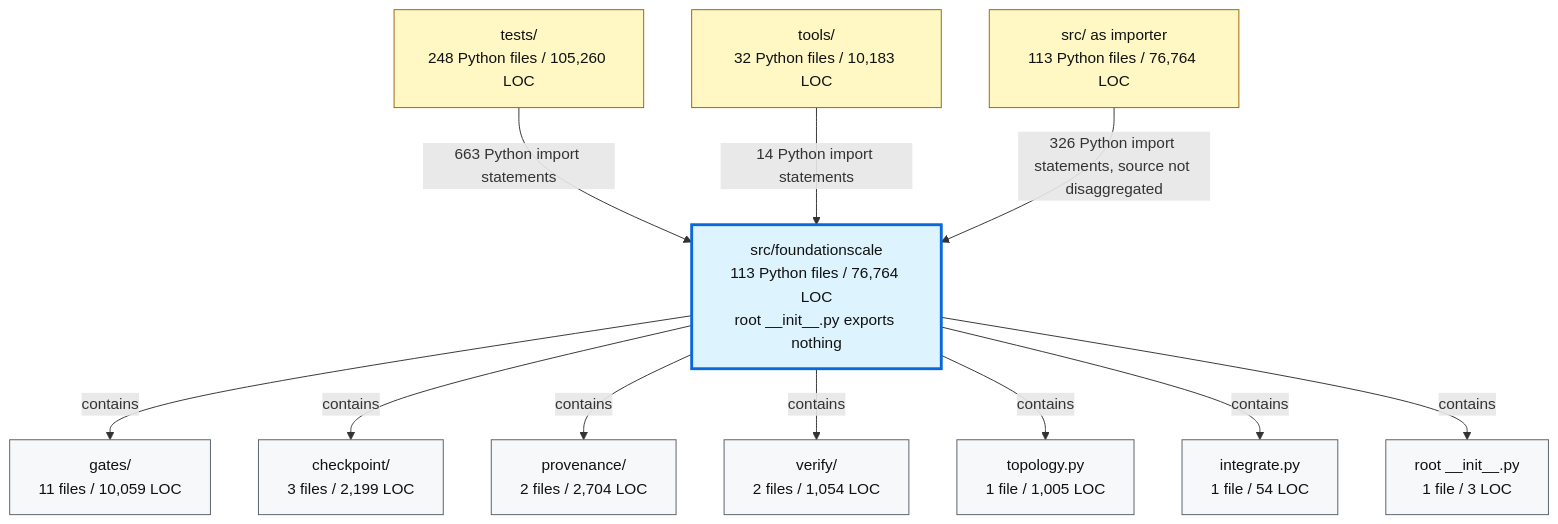
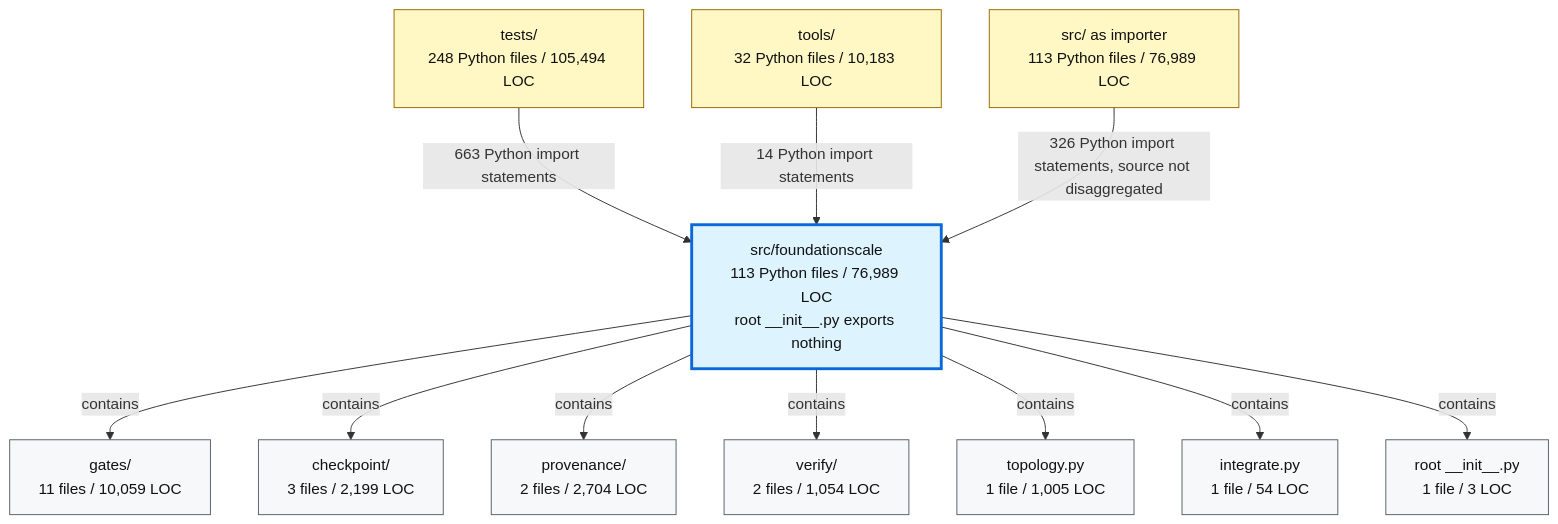
The second of 2 diagrams in docs/review/D2_current_architecture.md (TranNhiem/FoundationScale), drawn with Mermaid before and after one commit. The commit also changed other lines of this file and 10 other files, not shown here.

````diff
--- a/docs/review/D2_current_architecture.md
+++ b/docs/review/D2_current_architecture.md
@@ -97,36 +97,36 @@
 ```mermaid
 flowchart TB
-  TESTS["tests/<br/>248 Python files / 105,260 LOC"]
+  TESTS["tests/<br/>248 Python files / 105,494 LOC"]
   TOOLS["tools/<br/>32 Python files / 10,183 LOC"]
-  SRC["src/ as importer<br/>113 Python files / 76,764 LOC"]
+  SRC["src/ as importer<br/>113 Python files / 76,989 LOC"]
 
-  FS["src/foundationscale<br/>113 Python files / 76,764 LOC<br/>root __init__.py exports nothing"]
+  FS["src/foundationscale<br/>113 Python files / 76,989 LOC<br/>root __init__.py exports nothing"]
 
   GATES["gates/<br/>11 files / 10,059 LOC"]
   CKPT["checkpoint/<br/>3 files / 2,199 LOC"]
   PROV["provenance/<br/>2 files / 2,704 LOC"]
   VERIFY["verify/<br/>2 files / 1,054 LOC"]
   TOPO["topology.py<br/>1 file / 1,005 LOC"]
   INTEG["integrate.py<br/>1 file / 54 LOC"]
   ROOT["root __init__.py<br/>1 file / 3 LOC"]
 
   TESTS -->|"663 Python import statements"| FS
   TOOLS -->|"14 Python import statements"| FS
   SRC -->|"326 Python import statements, source not disaggregated"| FS
 
   FS -->|"contains"| GATES
   FS -->|"contains"| CKPT
   FS -->|"contains"| PROV
   FS -->|"contains"| VERIFY
   FS -->|"contains"| TOPO
   FS -->|"contains"| INTEG
   FS -->|"contains"| ROOT
 
   classDef consumer fill:#fff8c5,stroke:#9a6700,color:#111;
   classDef package fill:#ddf4ff,stroke:#0969da,stroke-width:3px,color:#111;
   classDef module fill:#f6f8fa,stroke:#57606a,color:#111;
 
   class TESTS,TOOLS,SRC consumer;
   class FS package;
   class GATES,CKPT,PROV,VERIFY,TOPO,INTEG,ROOT module;
 ```
````
